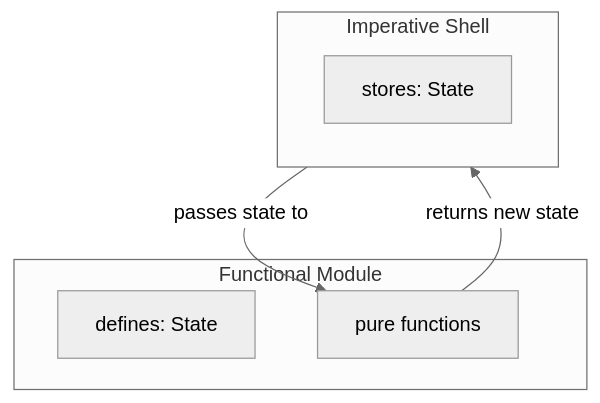
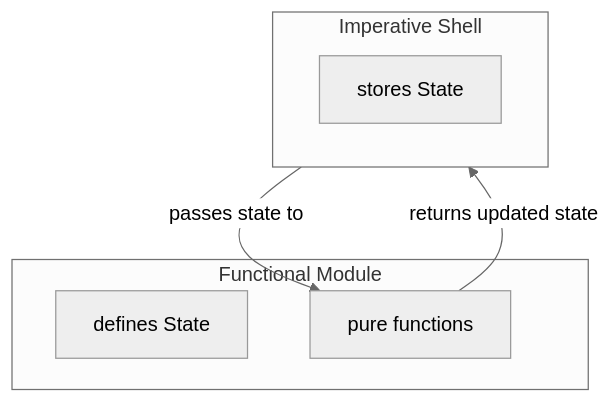
The diagram in posts/stateful-functional-modules.md (mahush/funkyposts), drawn with Mermaid (neutral theme) before and after one commit. The commit also changed other lines of this file, not shown here.

````diff
--- a/posts/stateful-functional-modules.md
+++ b/posts/stateful-functional-modules.md
@@ -17,15 +23,15 @@
 ```mermaid
 flowchart TD
 
 subgraph Module["Functional Module"]
-    Defines["defines: State"]
+    Defines["defines State"]
     Ops["pure functions"]
 end
 
 subgraph Shell["Imperative Shell"]
-    Stores["stores: State"]
+    Stores["stores State"]
 end
 
 Shell -->|"passes state to"| Ops
-Ops -->|"returns new state"| Shell
+Ops -->|"returns updated state"| Shell
 ```
````
